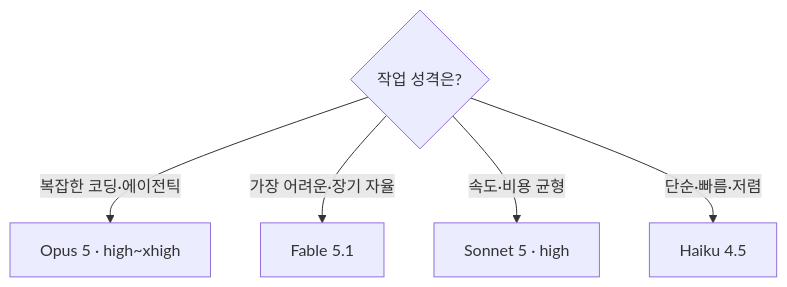
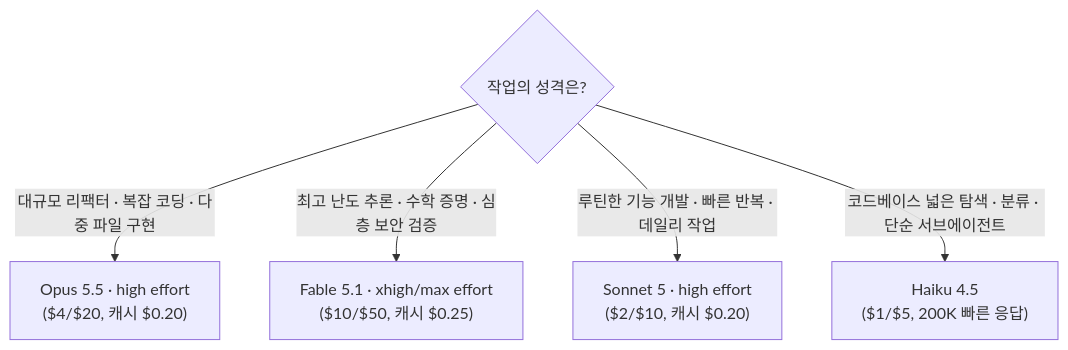
The diagram in content/03-models.md (lsszz2100/claude-code-master-class), drawn with Mermaid before and after one commit. The commit also changed other lines of this file and 8 other files, not shown here.

Commit message:
feat: Opus 5.5 및 Fable 5.1 활용 플레이북, 벤치마크, 5개 모델 비용 계산기 업데이트

````diff
--- a/content/03-models.md
+++ b/content/03-models.md
@@ -120,8 +135,8 @@
 ```mermaid
 flowchart TD
-    Q{"작업 성격은?"}
-    Q -->|"복잡한 코딩·에이전틱"| O["Opus 5 · high~xhigh"]
-    Q -->|"가장 어려운·장기 자율"| F["Fable 5.1"]
-    Q -->|"속도·비용 균형"| S["Sonnet 5 · high"]
-    Q -->|"단순·빠름·저렴"| H["Haiku 4.5"]
+    Q{"작업의 성격은?"}
+    Q -->|"대규모 리팩터 · 복잡 코딩 · 다중 파일 구현"| O["Opus 5.5 · high effort<br/>($4/$20, 캐시 $0.20)"]
+    Q -->|"최고 난도 추론 · 수학 증명 · 심층 보안 검증"| F["Fable 5.1 · xhigh/max effort<br/>($10/$50, 캐시 $0.25)"]
+    Q -->|"루틴한 기능 개발 · 빠른 반복 · 데일리 작업"| S["Sonnet 5 · high effort<br/>($2/$10, 캐시 $0.20)"]
+    Q -->|"코드베이스 넓은 탐색 · 분류 · 단순 서브에이전트"| H["Haiku 4.5<br/>($1/$5, 200K 빠른 응답)"]
 ```
````
